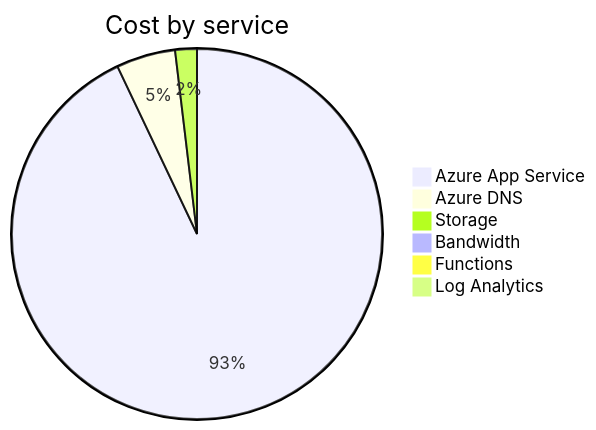
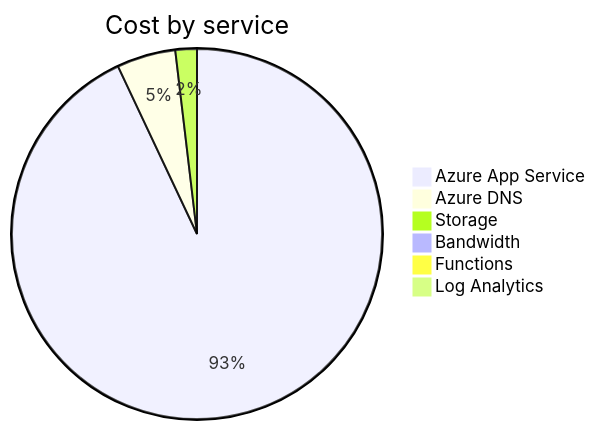
The second of 4 diagrams in cost-reports/accumulated-cost.md (jpfulton/azure-personal-reports), drawn with Mermaid before and after one commit. The commit also changed other lines of this file and 4 other files, not shown here.

````diff
--- a/cost-reports/accumulated-cost.md
+++ b/cost-reports/accumulated-cost.md
@@ -98,10 +98,10 @@
 ```mermaid
 pie
    title Cost by service
-   "Azure App Service" : 8.83
-   "Azure DNS" : 0.49
-   "Storage" : 0.18
+   "Azure App Service" : 9.42
+   "Azure DNS" : 0.52
+   "Storage" : 0.19
    "Bandwidth" : 0.00
    "Functions" : 0.00
    "Log Analytics" : 0.00
 ```
````
